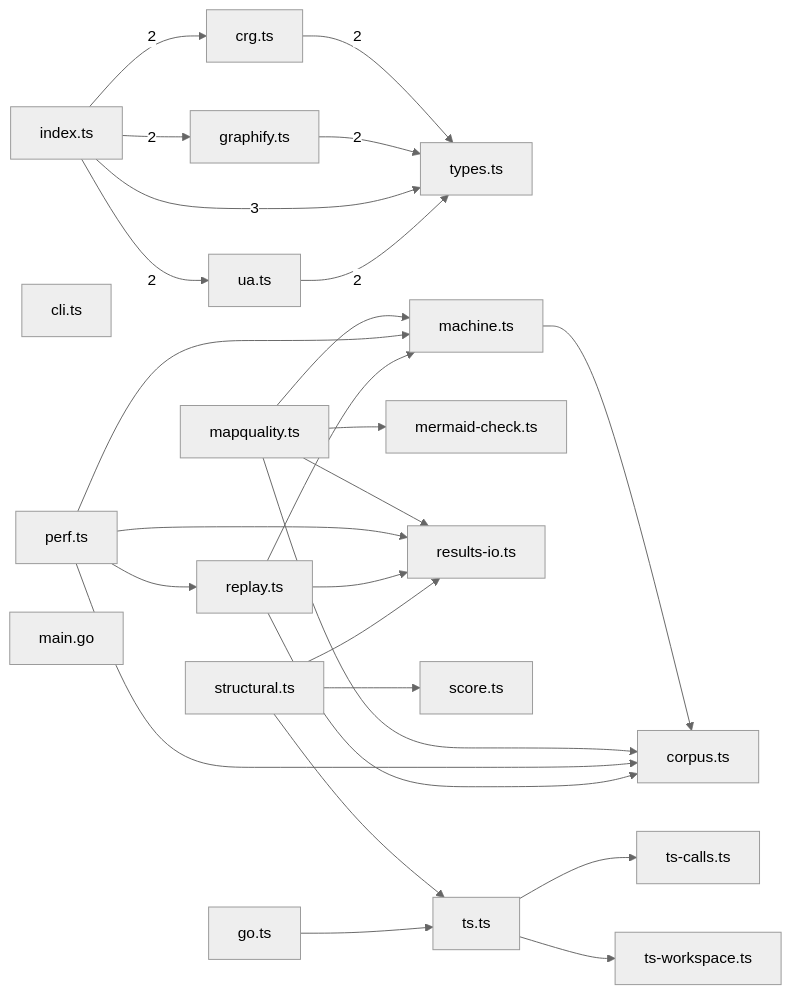
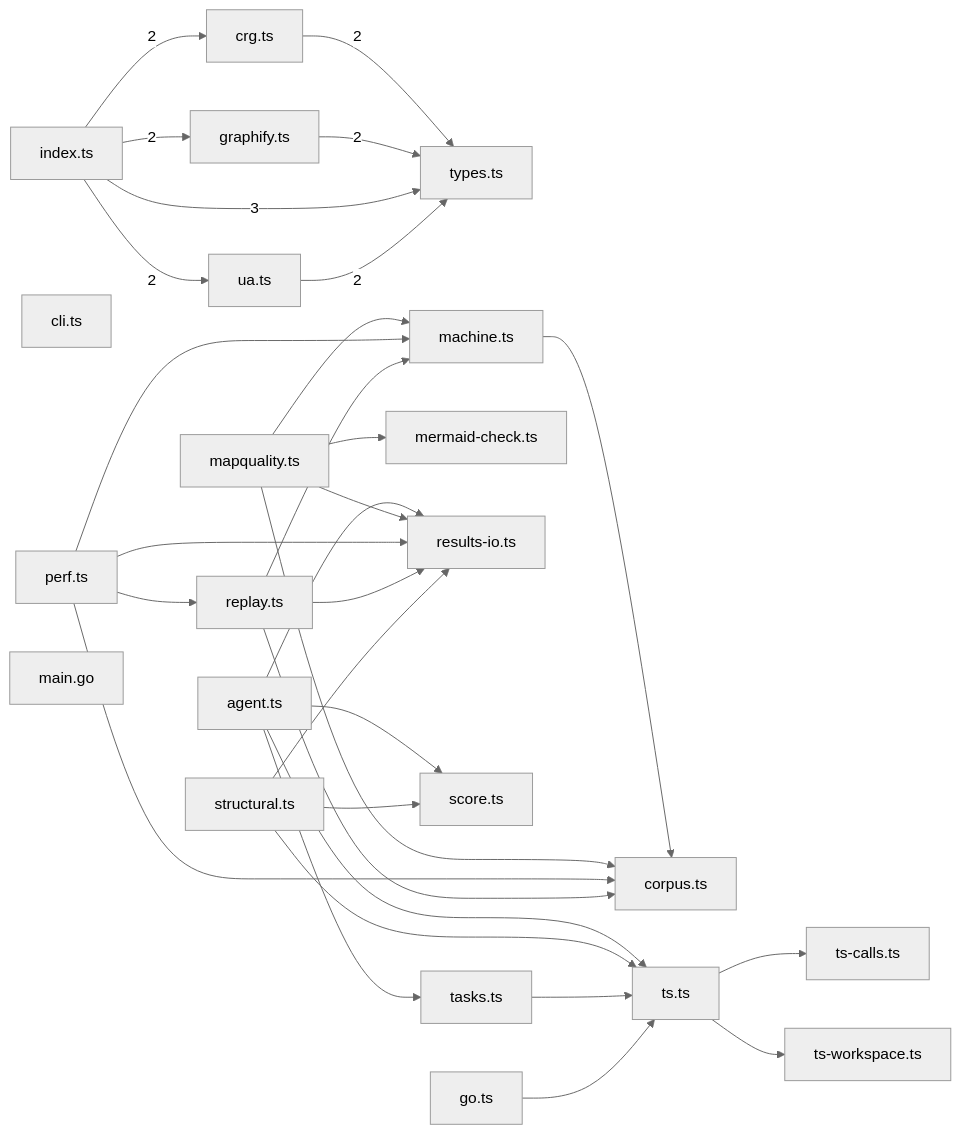
One commit to sns45/greplost changed the diagram in .greplost/packages/greplost__bench/MAP.md. Above: the diagram before and after it, drawn with Mermaid (neutral theme). The commit also changed other lines of this file and 17 other files, not shown here.

````diff
--- a/.greplost/packages/greplost__bench/MAP.md
+++ b/.greplost/packages/greplost__bench/MAP.md
@@ -64,48 +68,55 @@
 ```mermaid
 graph LR
   bench_src_adapters_crg_ts["crg.ts"]
   bench_src_adapters_graphify_ts["graphify.ts"]
   bench_src_adapters_index_ts["index.ts"]
   bench_src_adapters_types_ts["types.ts"]
   bench_src_adapters_ua_ts["ua.ts"]
+  bench_src_agent_ts["agent.ts"]
   bench_src_cli_ts["cli.ts"]
   bench_src_corpus_ts["corpus.ts"]
   bench_src_machine_ts["machine.ts"]
   bench_src_mapquality_ts["mapquality.ts"]
   bench_src_mermaid_check_ts["mermaid-check.ts"]
   bench_src_perf_ts["perf.ts"]
   bench_src_replay_ts["replay.ts"]
   bench_src_results_io_ts["results-io.ts"]
   bench_src_score_ts["score.ts"]
   bench_src_structural_ts["structural.ts"]
+  bench_src_tasks_ts["tasks.ts"]
   bench_src_truth_go_ts["go.ts"]
   bench_src_truth_ts_calls_ts["ts-calls.ts"]
   bench_src_truth_ts_ts["ts.ts"]
   bench_src_truth_ts_workspace_ts["ts-workspace.ts"]
   bench_truth_gocallgraph_main_go["main.go"]
   bench_src_adapters_crg_ts -->|2| bench_src_adapters_types_ts
   bench_src_adapters_graphify_ts -->|2| bench_src_adapters_types_ts
   bench_src_adapters_index_ts -->|2| bench_src_adapters_crg_ts
   bench_src_adapters_index_ts -->|2| bench_src_adapters_graphify_ts
   bench_src_adapters_index_ts -->|3| bench_src_adapters_types_ts
   bench_src_adapters_index_ts -->|2| bench_src_adapters_ua_ts
   bench_src_adapters_ua_ts -->|2| bench_src_adapters_types_ts
+  bench_src_agent_ts --> bench_src_results_io_ts
+  bench_src_agent_ts --> bench_src_score_ts
+  bench_src_agent_ts --> bench_src_tasks_ts
+  bench_src_agent_ts --> bench_src_truth_ts_ts
   bench_src_machine_ts --> bench_src_corpus_ts
   bench_src_mapquality_ts --> bench_src_corpus_ts
   bench_src_mapquality_ts --> bench_src_machine_ts
   bench_src_mapquality_ts --> bench_src_mermaid_check_ts
   bench_src_mapquality_ts --> bench_src_results_io_ts
   bench_src_perf_ts --> bench_src_corpus_ts
   bench_src_perf_ts --> bench_src_machine_ts
   bench_src_perf_ts --> bench_src_replay_ts
   bench_src_perf_ts --> bench_src_results_io_ts
   bench_src_replay_ts --> bench_src_corpus_ts
   bench_src_replay_ts --> bench_src_machine_ts
   bench_src_replay_ts --> bench_src_results_io_ts
   bench_src_structural_ts --> bench_src_results_io_ts
   bench_src_structural_ts --> bench_src_score_ts
   bench_src_structural_ts --> bench_src_truth_ts_ts
+  bench_src_tasks_ts --> bench_src_truth_ts_ts
   bench_src_truth_go_ts --> bench_src_truth_ts_ts
   bench_src_truth_ts_ts --> bench_src_truth_ts_calls_ts
   bench_src_truth_ts_ts --> bench_src_truth_ts_workspace_ts
 ```
````
